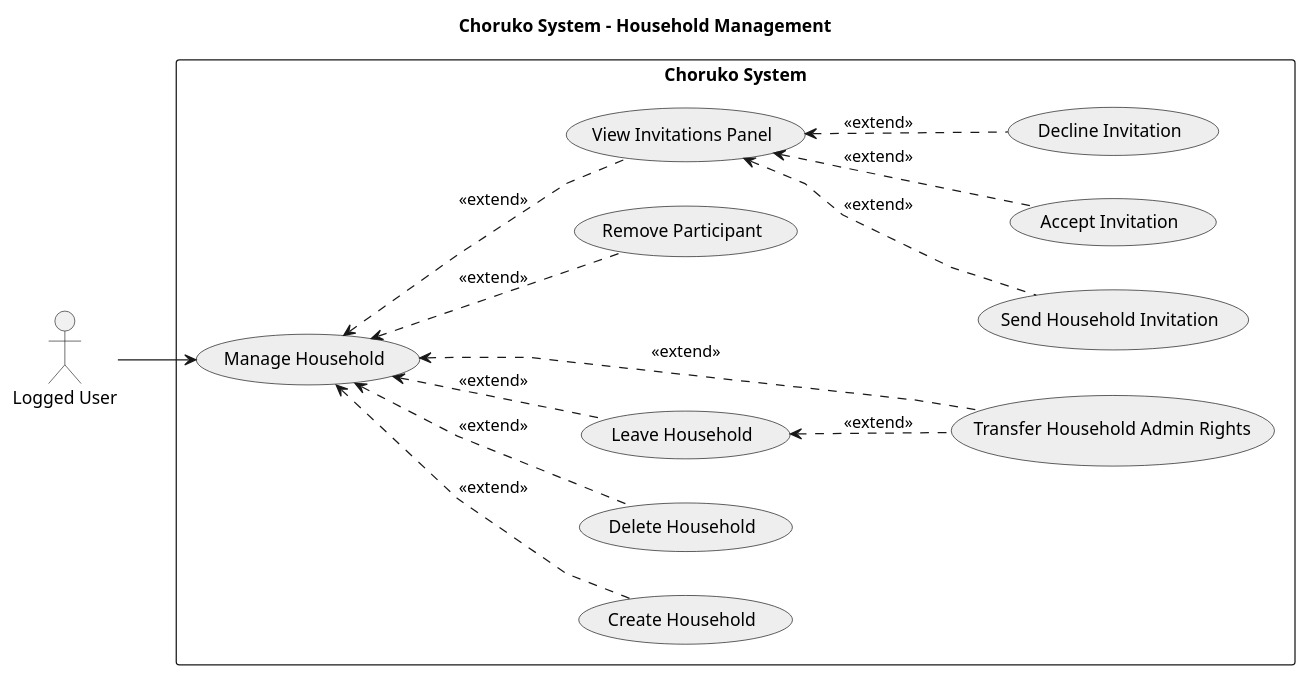
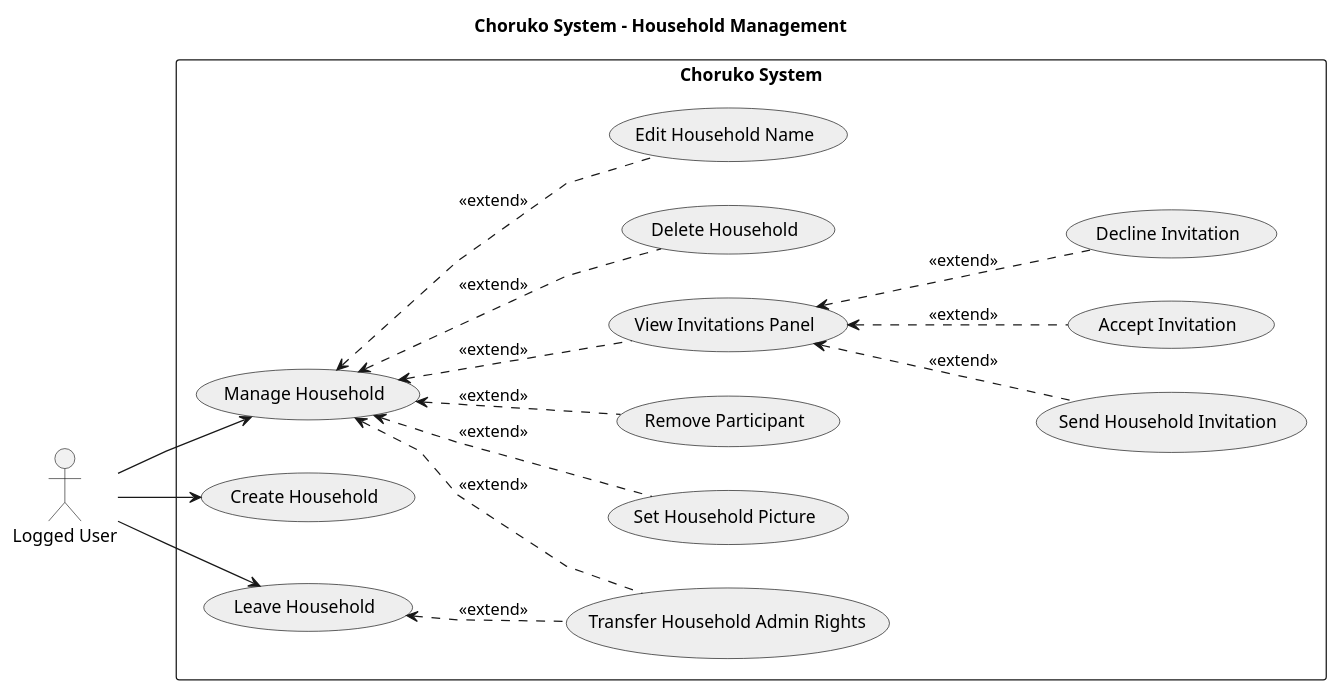
One commit to psampir/choruko changed the diagram in docs/UML/use-case-diagrams/household-management-diagram.puml. Above: the diagram before and after it, drawn with PlantUML. The commit also changed 1 other file, not shown here.

```diff
--- a/docs/UML/use-case-diagrams/household-management-diagram.puml
+++ b/docs/UML/use-case-diagrams/household-management-diagram.puml
@@ -1,40 +1,44 @@
 @startuml household-management
 
 title Choruko System - Household Management
 skinparam usecaseBorderColor #000000
 skinparam usecaseBackgroundColor #EEEEEE
 skinparam packageStyle rectangle
 skinparam linetype polyline
 left to right direction
 
 :Logged User: as l_user
 
 rectangle "Choruko System" {
   usecase "Manage Household" as UC3
   usecase "Create Household" as UC4
   usecase "Delete Household" as UC5
+  usecase "Edit Household Name" as UC1
+  usecase "Set Household Picture" as UC2
   usecase "Leave Household" as UC12
   usecase "Transfer Household Admin Rights" as UC6
   usecase "Remove Participant" as UC8
 
   usecase "View Invitations Panel" as UC9
   usecase "Send Household Invitation" as UC7  
   usecase "Accept Invitation" as UC10
   usecase "Decline Invitation" as UC11
   
 }
 
 l_user --> UC3
-UC3 <.. UC4 : <<extend>>
+l_user --> UC4
+l_user --> UC12
+UC3 <.. UC1 : <<extend>>
+UC3 <.. UC2 : <<extend>>
 UC3 <.. UC5 : <<extend>>
-UC3 <.. UC12 : <<extend>>
 UC3 <.. UC6 : <<extend>>
 UC3 <.. UC8 : <<extend>>
 UC12 <.. UC6 : <<extend>>
 
 UC3 <.. UC9 : <<extend>>
 UC9 <.. UC7 : <<extend>>
 UC9 <.. UC10 : <<extend>>
 UC9 <.. UC11 : <<extend>>
 
 @enduml
```
